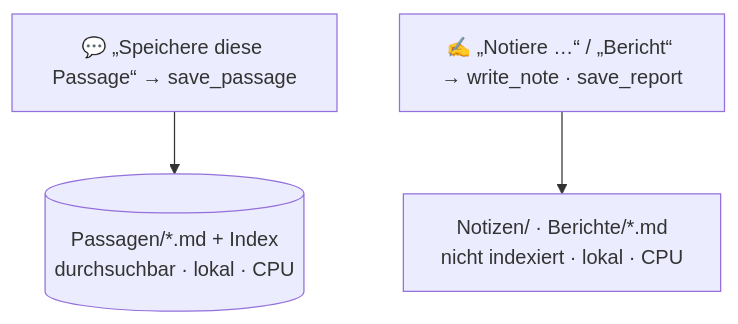
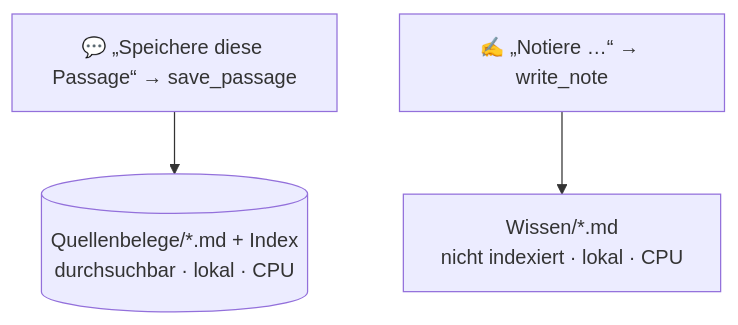
The third of 3 diagrams in README.de.md (mdrinjak-bauing/BRAG), drawn with Mermaid before and after one commit. The commit also changed other lines of this file and 11 other files, not shown here.

````diff
--- a/README.de.md
+++ b/README.de.md
@@ -295,5 +295,5 @@
 ```mermaid
 flowchart TD
-    SP["💬 „Speichere diese Passage“ → save_passage"] --> PA[("Passagen/*.md + Index<br/>durchsuchbar · lokal · CPU")]
-    WN["✍️ „Notiere …“ / „Bericht“ → write_note · save_report"] --> NO["Notizen/ · Berichte/*.md<br/>nicht indexiert · lokal · CPU"]
+    SP["💬 „Speichere diese Passage“ → save_passage"] --> PA[("Quellenbelege/*.md + Index<br/>durchsuchbar · lokal · CPU")]
+    WN["✍️ „Notiere …“ → write_note"] --> NO["Wissen/*.md<br/>nicht indexiert · lokal · CPU"]
 ```
````
